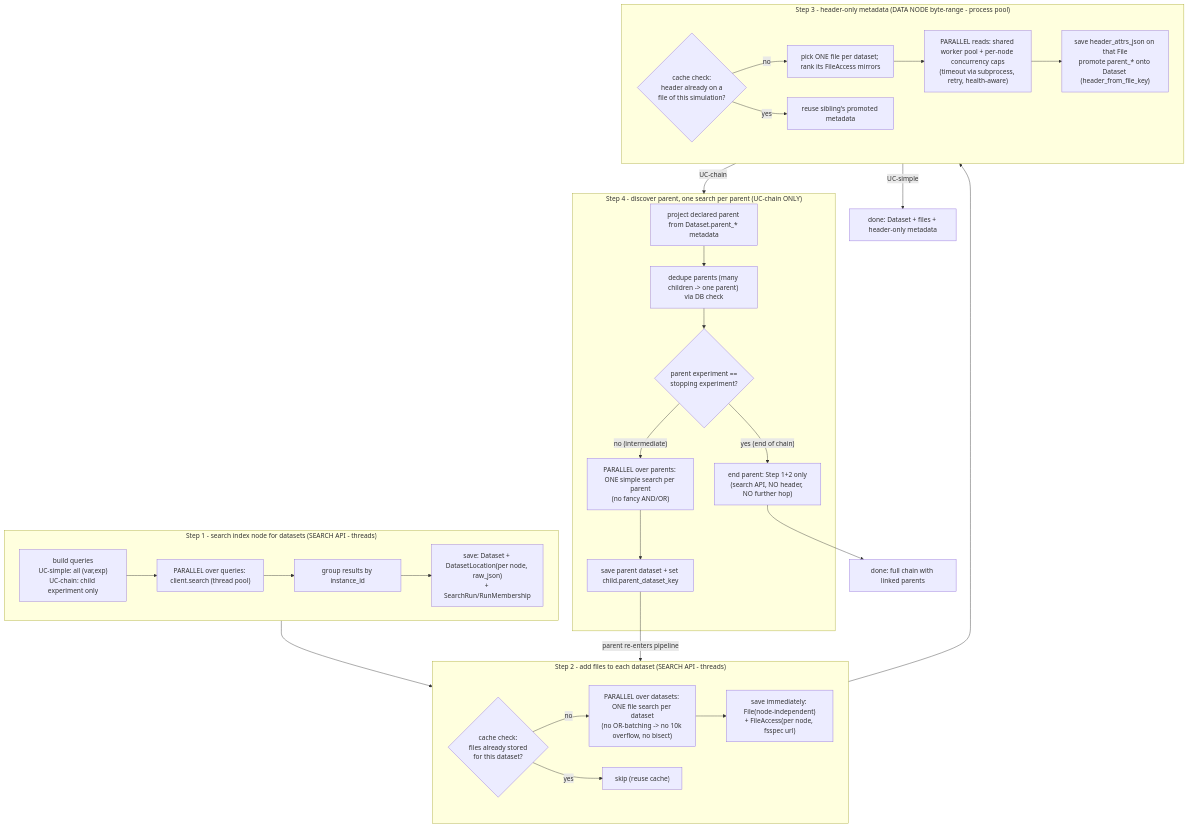
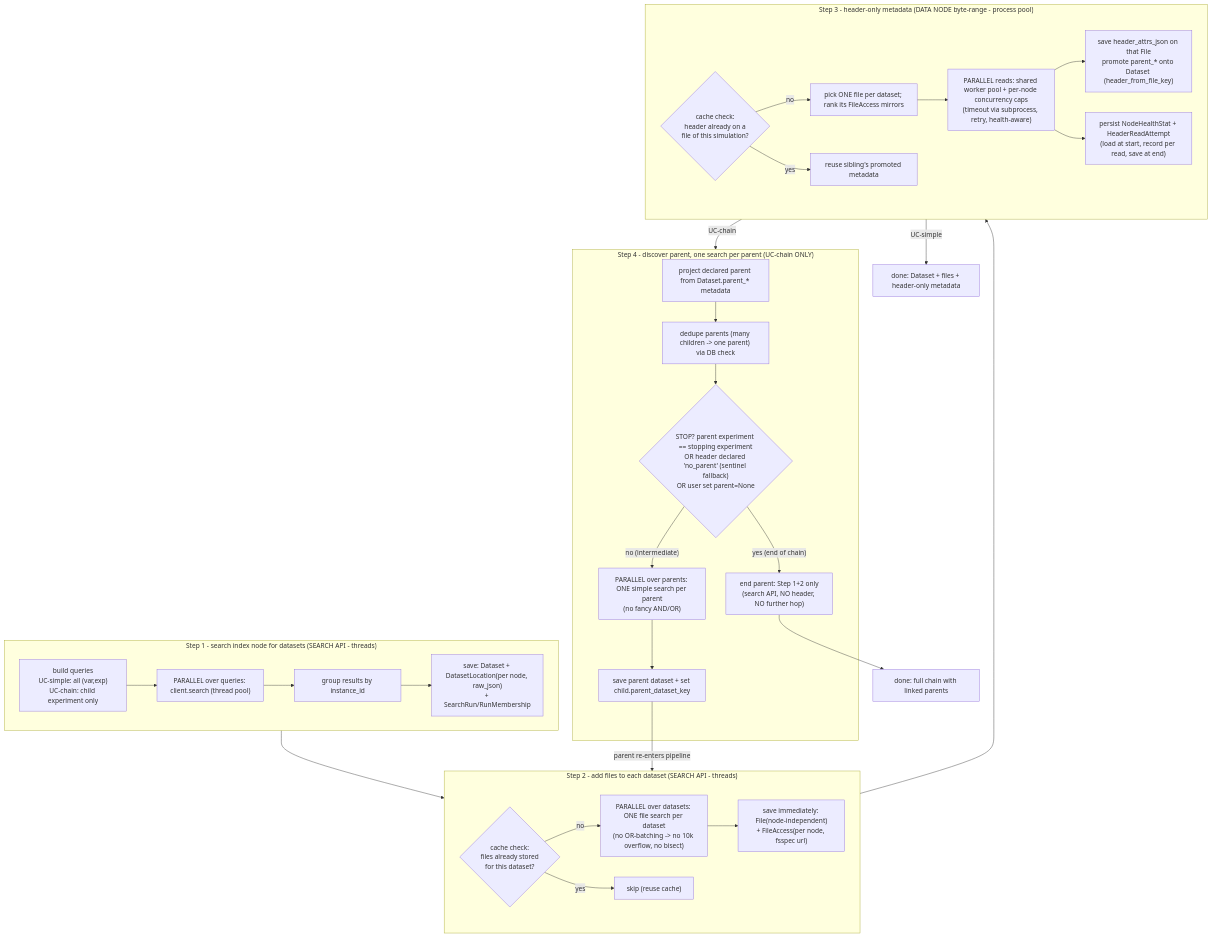
The second of 2 diagrams in design/search-workflow.md (znicholls/CMIP-Data-Manager-Playground), drawn with Mermaid before and after one commit. The commit also changed other lines of this file, not shown here.

````diff
--- a/design/search-workflow.md
+++ b/design/search-workflow.md
@@ -123,44 +125,46 @@
 ```mermaid
 flowchart TD
     subgraph S1["Step 1 - search index node for datasets (SEARCH API - threads)"]
         A1["build queries<br/>UC-simple: all (var,exp)<br/>UC-chain: child experiment only"]
         A2["PARALLEL over queries: client.search (thread pool)"]
         A3["group results by instance_id"]
         A4["save: Dataset + DatasetLocation(per node, raw_json)<br/>+ SearchRun/RunMembership"]
         A1 --> A2 --> A3 --> A4
     end
 
     subgraph S2["Step 2 - add files to each dataset (SEARCH API - threads)"]
         B0{"cache check:<br/>files already stored<br/>for this dataset?"}
         B1["PARALLEL over datasets: ONE file search per dataset<br/>(no OR-batching -> no 10k overflow, no bisect)"]
         B2["save immediately: File(node-independent)<br/>+ FileAccess(per node, fsspec url)"]
         B0 -- no --> B1 --> B2
         B0 -- yes --> B2cache["skip (reuse cache)"]
     end
 
     subgraph S3["Step 3 - header-only metadata (DATA NODE byte-range - process pool)"]
         C0{"cache check:<br/>header already on a<br/>file of this simulation?"}
         C1["pick ONE file per dataset; rank its FileAccess mirrors"]
         C2["PARALLEL reads: shared worker pool + per-node concurrency caps<br/>(timeout via subprocess, retry, health-aware)"]
         C3["save header_attrs_json on that File<br/>promote parent_* onto Dataset (header_from_file_key)"]
+        CH["persist NodeHealthStat + HeaderReadAttempt<br/>(load at start, record per read, save at end)"]
         C0 -- no --> C1 --> C2 --> C3
+        C2 --> CH
         C0 -- yes --> C3reuse["reuse sibling's promoted metadata"]
     end
 
     subgraph S4["Step 4 - discover parent, one search per parent (UC-chain ONLY)"]
         D1["project declared parent from Dataset.parent_* metadata"]
         D2["dedupe parents (many children -> one parent) via DB check"]
-        D3{"parent experiment ==<br/>stopping experiment?"}
+        D3{"STOP? parent experiment == stopping experiment<br/>OR header declared 'no_parent' (sentinel fallback)<br/>OR user set parent=None"}
         D4["PARALLEL over parents: ONE simple search per parent<br/>(no fancy AND/OR)"]
         D5["save parent dataset + set child.parent_dataset_key"]
         D1 --> D2 --> D3
         D3 -- "no (intermediate)" --> D4 --> D5
         D3 -- "yes (end of chain)" --> D6["end parent: Step 1+2 only<br/>(search API, NO header, NO further hop)"]
     end
 
     S1 --> S2 --> S3
     S3 -->|UC-simple| DONE["done: Dataset + files + header-only metadata"]
     S3 -->|UC-chain| S4
     D5 -->|"parent re-enters pipeline"| S2
     D6 --> DONE2["done: full chain with linked parents"]
 ```
````
